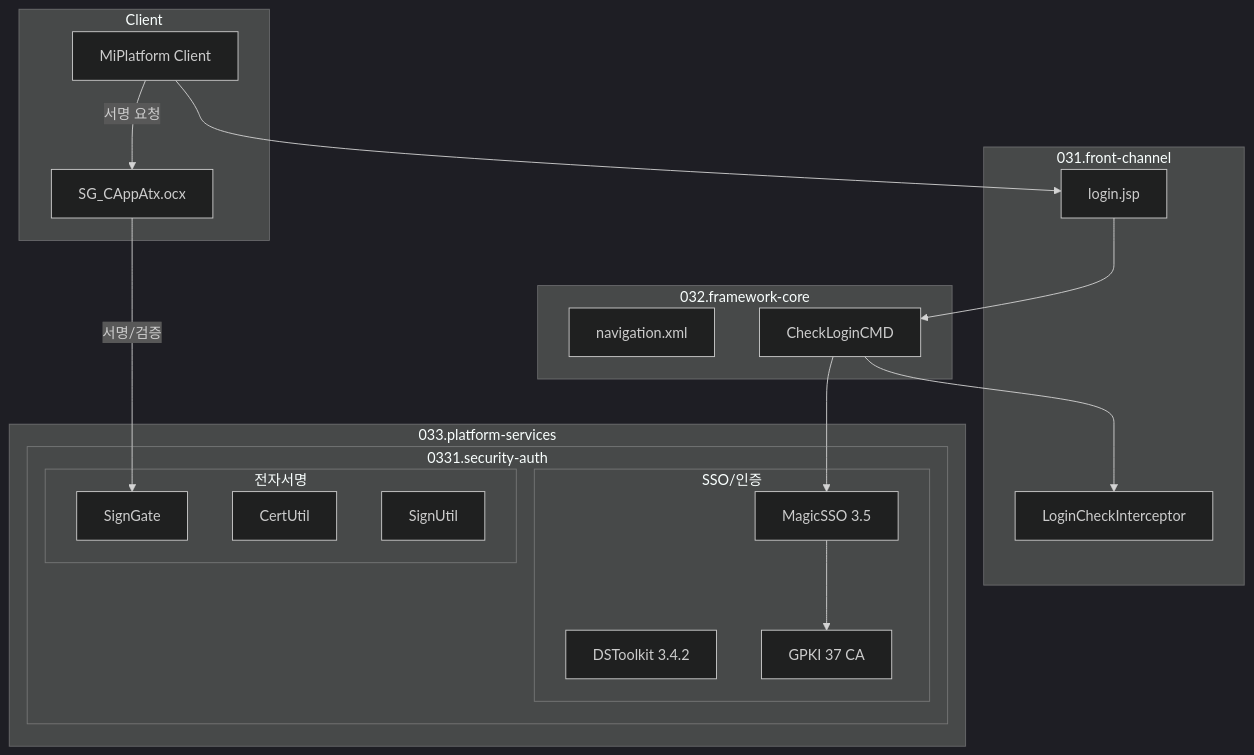
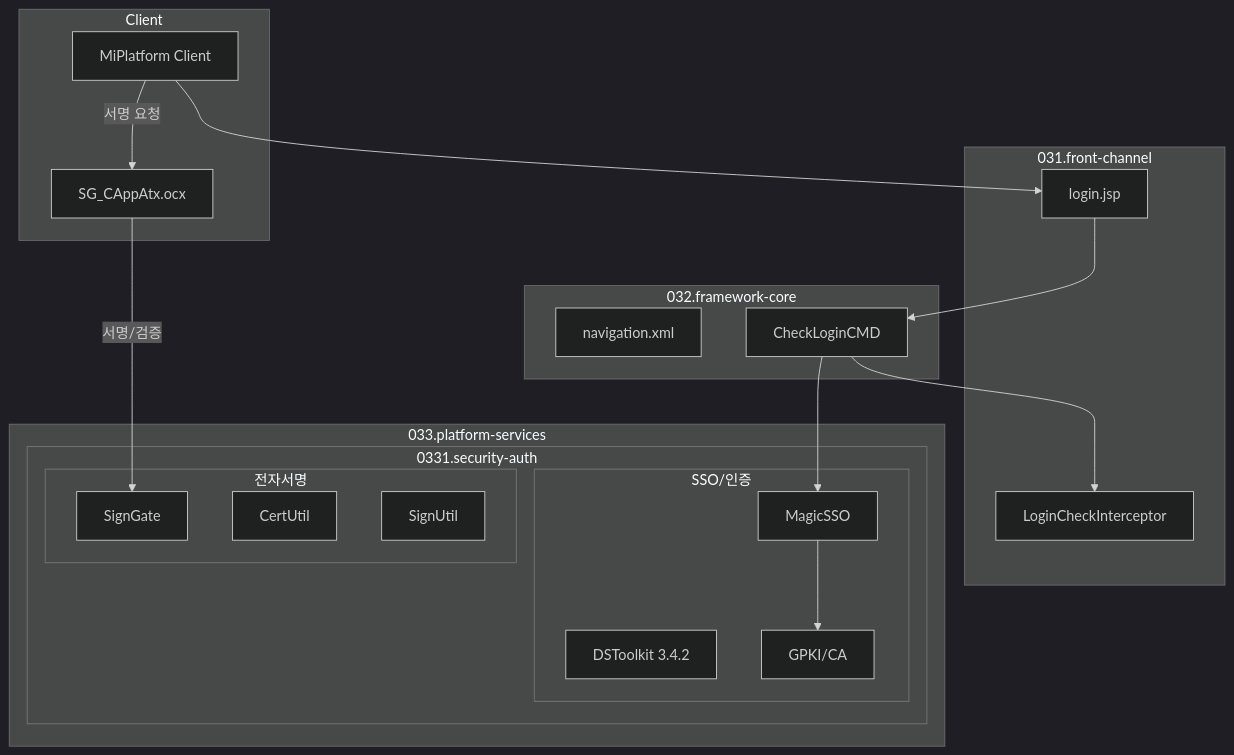
One commit to forsylph/nph changed the diagram in 03.analysis_results/033.platform-services/0331.security-auth/README.md. Above: the diagram before and after it, drawn with Mermaid (dark theme). The commit also changed other lines of this file and 9 other files, not shown here.

````diff
--- a/03.analysis_results/033.platform-services/0331.security-auth/README.md
+++ b/03.analysis_results/033.platform-services/0331.security-auth/README.md
@@ -59,41 +59,41 @@
 ```mermaid
 flowchart TB
     subgraph Client
         UI[MiPlatform Client]
         ActiveX[SG_CAppAtx.ocx]
     end
 
     subgraph "031.front-channel"
         LoginJSP[login.jsp]
         LoginCheck[LoginCheckInterceptor]
     end
 
     subgraph "032.framework-core"
         Navigation[navigation.xml]
         Command[CheckLoginCMD]
     end
 
     subgraph "033.platform-services"
         subgraph "0331.security-auth"
             subgraph SSO["SSO/인증"]
-                MagicSSO[MagicSSO 3.5]
+                MagicSSO[MagicSSO]
                 DSToolkit[DSToolkit 3.4.2]
-                GPKI[GPKI 37 CA]
+                GPKI[GPKI/CA]
             end
             subgraph Sign["전자서명"]
                 SignGate[SignGate]
                 CertUtil[CertUtil]
                 SignUtil[SignUtil]
             end
         end
     end
 
     UI --> LoginJSP
     LoginJSP --> Command
     Command --> MagicSSO
     MagicSSO --> GPKI
     Command --> LoginCheck
 
     UI --> |서명 요청| ActiveX
     ActiveX --> |서명/검증| SignGate
 ```
````
